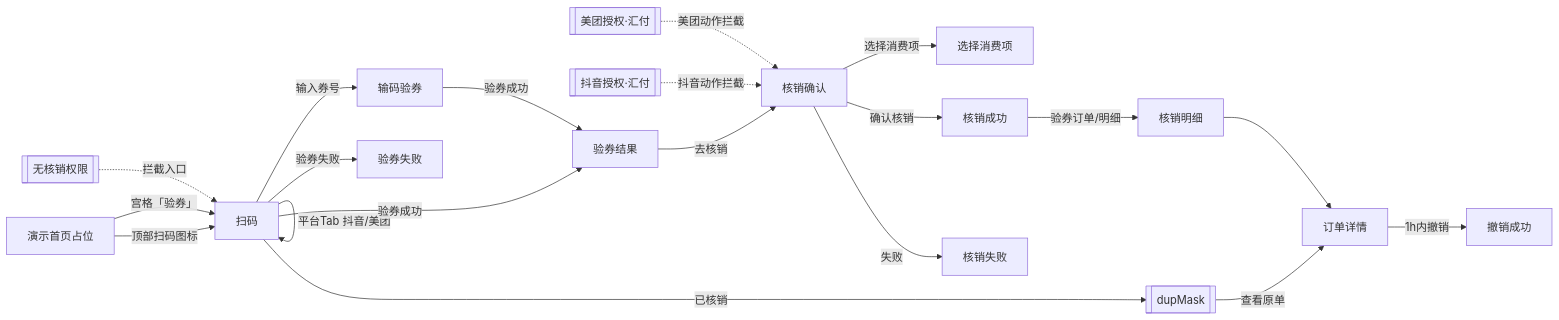
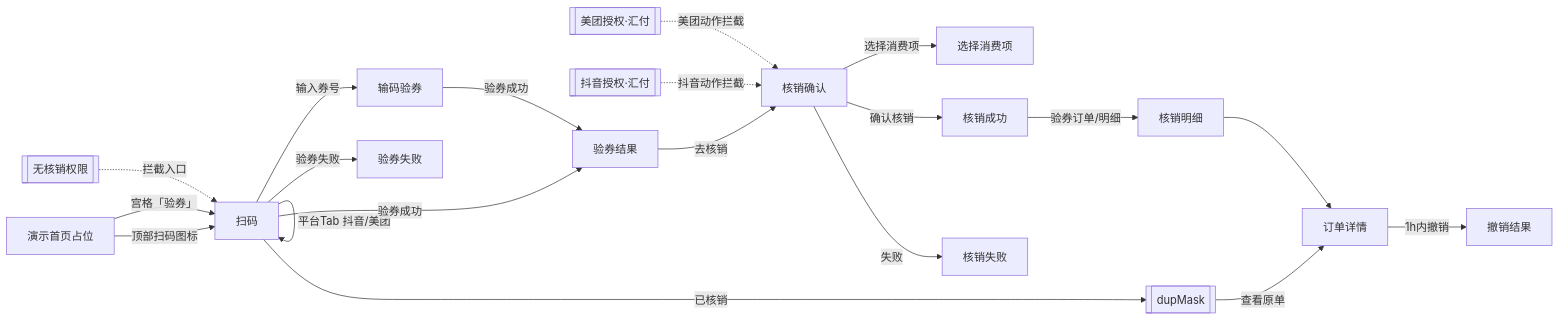
Before and after one commit to XDean-Designer/tiktok: the first of 5 diagrams in PRD-团购核销.md, drawn with Mermaid. The commit also changed other lines of this file and 2 other files, not shown here.

````diff
--- a/PRD-团购核销.md
+++ b/PRD-团购核销.md
@@ -264,22 +268,22 @@
 ```mermaid
 flowchart LR
   HOME[演示首页占位] -->|顶部扫码图标| SCAN[扫码]
   HOME -->|宫格「验券」| SCAN
   SCAN -->|平台Tab 抖音/美团| SCAN
   SCAN -->|输入券号| INPUT[输码验券]
   SCAN -->|验券成功| RESULT[验券结果]
   INPUT -->|验券成功| RESULT
   RESULT -->|去核销| CONFIRM[核销确认]
   CONFIRM -->|选择消费项| MATCH[选择消费项]
   CONFIRM -->|确认核销| SUCCESS[核销成功]
   CONFIRM -->|失败| FAIL[核销失败]
   SCAN -->|已核销| DUP[[dupMask]]
   DUP -->|查看原单| DETAIL[订单详情]
   SCAN -->|验券失败| VF[验券失败]
   SUCCESS -->|验券订单/明细| ORDERS[核销明细]
   ORDERS --> DETAIL
-  DETAIL -->|1h内撤销| ROK[撤销成功]
+  DETAIL -->|1h内撤销| ROK[撤销结果]
   NOP[[无核销权限]] -.拦截入口.-> SCAN
   AUTH[[抖音授权·汇付]] -.抖音动作拦截.-> CONFIRM
   authMeituan[[美团授权·汇付]] -.美团动作拦截.-> CONFIRM
 ```
````
